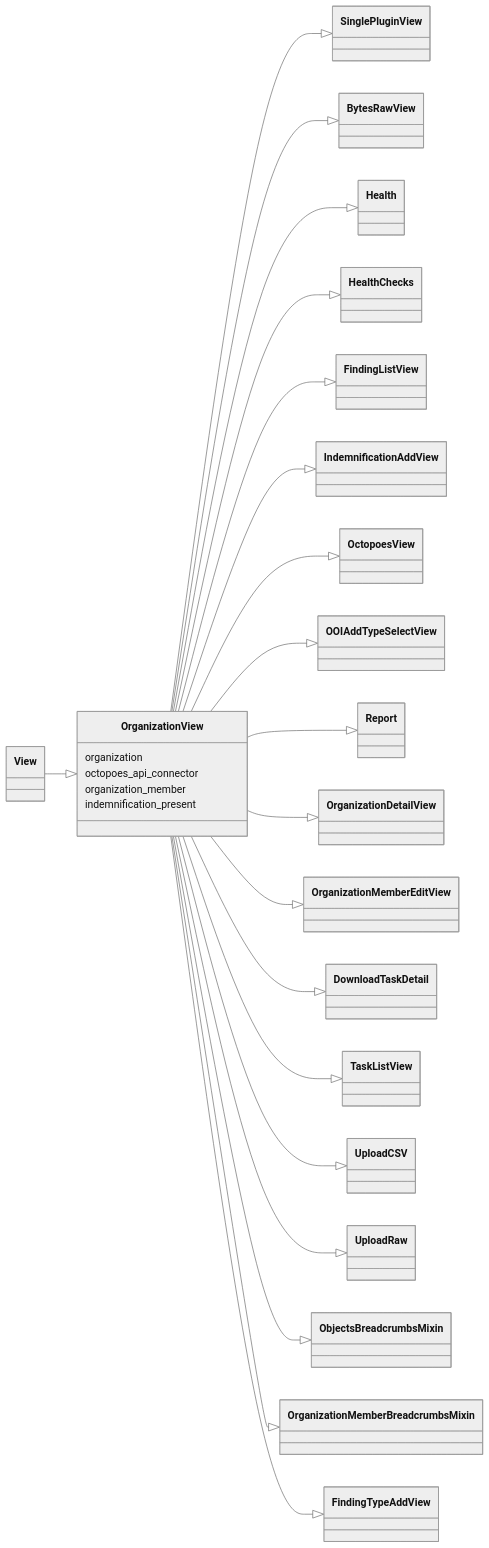
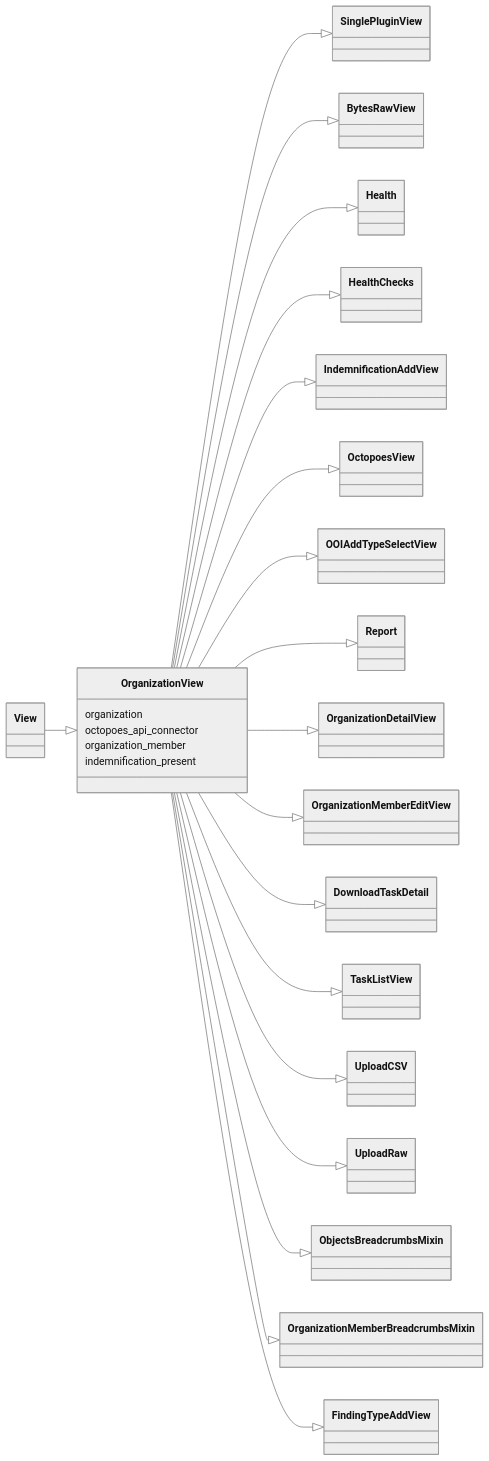
Before and after one commit to minvws/nl-kat-coordination: the second of 4 diagrams in docs/source/developer_documentation/rocky.md, drawn with Mermaid (neutral theme). The commit also changed 1 other file, not shown here.

Commit message:
Remove redundant inheritance

````diff
--- a/docs/source/developer_documentation/rocky.md
+++ b/docs/source/developer_documentation/rocky.md
@@ -38,29 +38,28 @@
 ```{mermaid}
 classDiagram
 direction RL
     class OrganizationView
     OrganizationView : organization
     OrganizationView : octopoes_api_connector
     OrganizationView : organization_member
     OrganizationView : indemnification_present
 
     OrganizationView <|-- View
     SinglePluginView <|-- OrganizationView
     BytesRawView <|-- OrganizationView
     Health <|-- OrganizationView
     HealthChecks <|-- OrganizationView
-    FindingListView  <|-- OrganizationView
     IndemnificationAddView <|-- OrganizationView
     OctopoesView <|-- OrganizationView
     OOIAddTypeSelectView <|-- OrganizationView
     Report <|-- OrganizationView
     OrganizationDetailView <|-- OrganizationView
     OrganizationMemberEditView <|-- OrganizationView
     DownloadTaskDetail <|-- OrganizationView
     TaskListView <|-- OrganizationView
     UploadCSV <|-- OrganizationView
     UploadRaw <|-- OrganizationView
     ObjectsBreadcrumbsMixin <|-- OrganizationView
     OrganizationMemberBreadcrumbsMixin <|-- OrganizationView
     FindingTypeAddView <|-- OrganizationView
 ```
````
